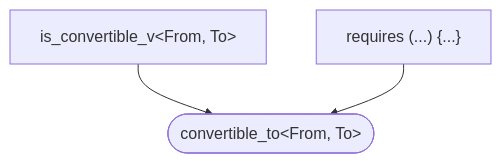
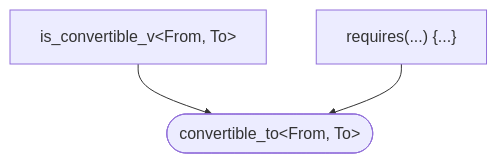
The first of 18 diagrams in README.md (yohhoy/cpp-concepts), drawn with Mermaid before and after one commit. The commit also changed other lines of this file, not shown here.

````diff
--- a/README.md
+++ b/README.md
@@ -7,6 +7,6 @@
 ```mermaid
 graph TD
     %% std::convertible_to<From, To>
     is_convertible_v["is_convertible_v&lt;From, To&gt;"] --> convertible_to(["convertible_to&lt;From, To&gt;"]);
-    AC["requires (...) {...}"] --> convertible_to;
+    AC["requires(...) {...}"] --> convertible_to;
 ```
````
